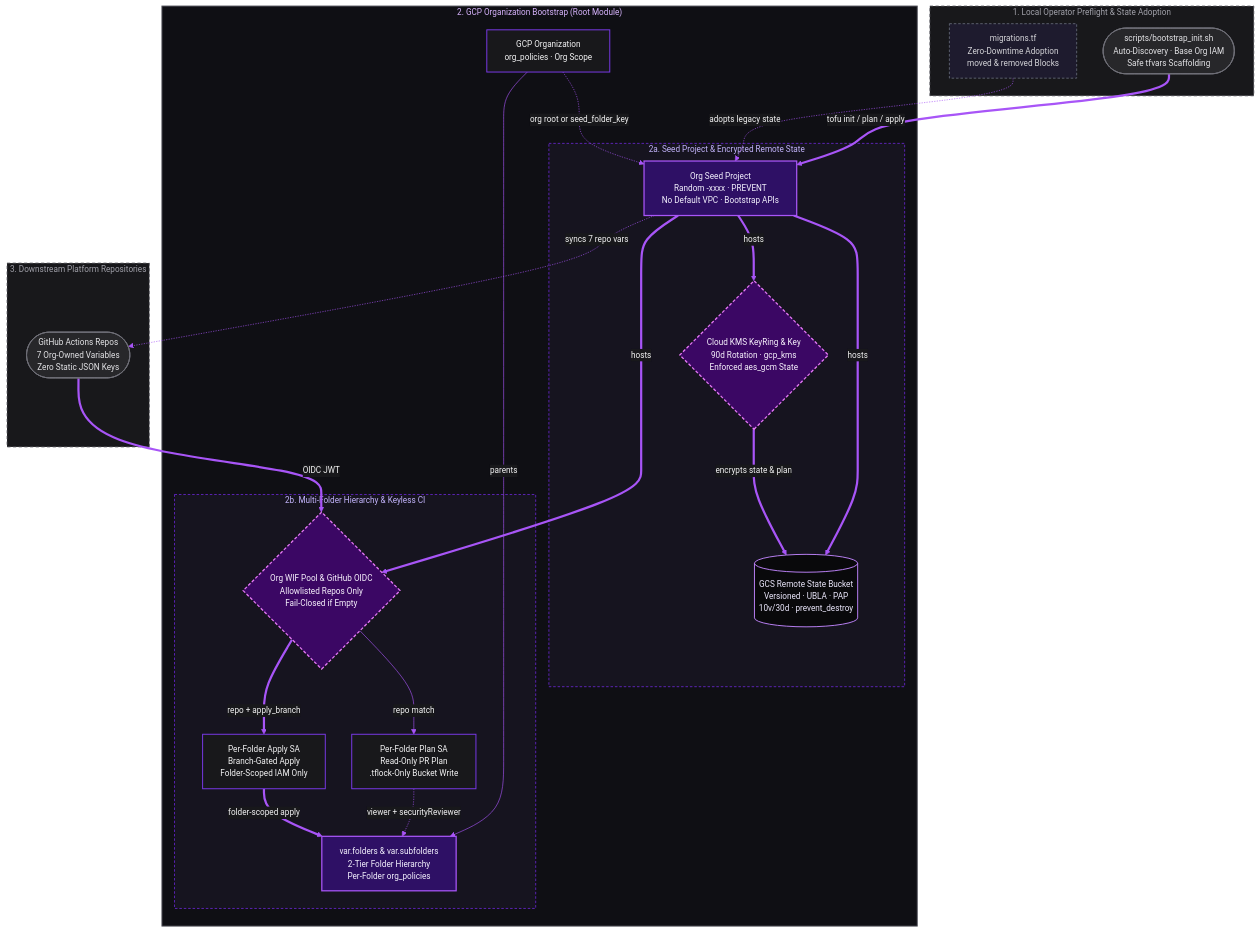
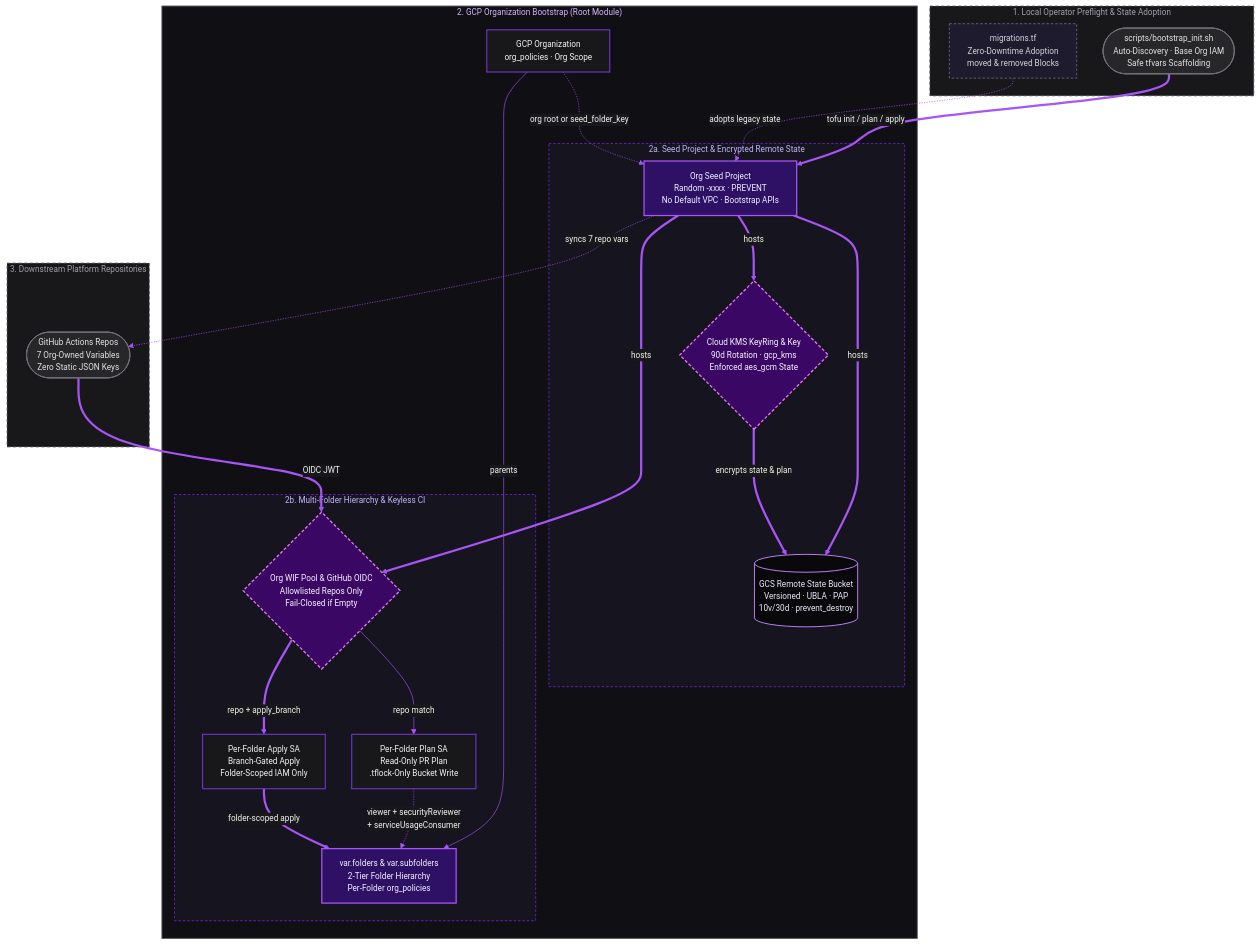
The diagram in specs/01_gcp_org_bootstrap_and_wif.md (x-ruiz/platform_gcp_org_bootstrap), drawn with Mermaid before and after one commit. The commit also changed other lines of this file and 2 other files, not shown here.

Commit message:
feat(iam): grant plan SAs serviceUsageConsumer on their folders
Downstream platform providers now set user_project_override = true so API
quota is billed to the env project each call targets, not the seed project.
That requires serviceusage.services.use on those projects. Apply SAs already
have it via serviceUsageAdmin; plan SAs did not, so read-only PR plans in
x-ruiz/playground-cloud-engineering fail with 403 USER_PROJECT_DENIED.

Add roles/serviceusage.serviceUsageConsumer to default_plan_folder_roles. It
only grants serviceusage.services.use (it cannot enable or disable services),
so plan SAs remain read-only. Spec 01 and the mocked tests are updated.

````diff
--- a/specs/01_gcp_org_bootstrap_and_wif.md
+++ b/specs/01_gcp_org_bootstrap_and_wif.md
@@ -20,64 +20,64 @@
 ```mermaid
 %%{init: {"theme": "base", "themeCSS": "svg { background-color: #09090B !important; border-radius: 8px; }", "themeVariables": {"darkMode": true, "background": "#09090B", "mainBkg": "#18181B", "textColor": "#F4F4F5", "primaryColor": "#18181B", "primaryTextColor": "#F4F4F5", "primaryBorderColor": "#7C3AED", "lineColor": "#A855F7", "secondaryColor": "#16141F", "tertiaryColor": "#0F0F14", "edgeLabelBackground": "#18181B", "clusterBkg": "#0F0F14", "clusterBorder": "#52525B", "titleColor": "#D8B4FE", "fontFamily": "Inter, ui-sans-serif, system-ui, -apple-system, sans-serif", "fontSize": "13px"}, "flowchart": {"curve": "basis", "nodeSpacing": 42, "rankSpacing": 56, "padding": 14}}}%%
 flowchart TB
     subgraph PreflightZone["1. Local Operator Preflight & State Adoption"]
         Preflight(["scripts/bootstrap_init.sh\nAuto-Discovery · Base Org IAM\nSafe tfvars Scaffolding"])
         Migration["migrations.tf\nZero-Downtime Adoption\nmoved & removed Blocks"]
     end
 
     subgraph OrgZone["2. GCP Organization Bootstrap (Root Module)"]
         OrgRoot["GCP Organization\norg_policies · Org Scope"]
 
         subgraph SeedZone["2a. Seed Project & Encrypted Remote State"]
             SeedProj["Org Seed Project\nRandom -xxxx · PREVENT\nNo Default VPC · Bootstrap APIs"]
             StateBucket[("GCS Remote State Bucket\nVersioned · UBLA · PAP\n10v/30d · prevent_destroy")]
             KMSKey{"Cloud KMS KeyRing & Key\n90d Rotation · gcp_kms\nEnforced aes_gcm State"}
         end
 
         subgraph GovZone["2b. Multi-Folder Hierarchy & Keyless CI"]
             WIFPool{"Org WIF Pool & GitHub OIDC\nAllowlisted Repos Only\nFail-Closed if Empty"}
             Folders["var.folders & var.subfolders\n2-Tier Folder Hierarchy\nPer-Folder org_policies"]
             PlanSA["Per-Folder Plan SA\nRead-Only PR Plan\n.tflock-Only Bucket Write"]
             ApplySA["Per-Folder Apply SA\nBranch-Gated Apply\nFolder-Scoped IAM Only"]
         end
     end
 
     subgraph Consumers["3. Downstream Platform Repositories"]
         GHRepo(["GitHub Actions Repos\n7 Org-Owned Variables\nZero Static JSON Keys"])
     end
 
     Preflight ==>|"tofu init / plan / apply"| SeedProj
     Migration -.->|"adopts legacy state"| SeedProj
     OrgRoot -->|"parents"| Folders
     OrgRoot -.->|"org root or seed_folder_key"| SeedProj
     SeedProj ==>|"hosts"| StateBucket
     SeedProj ==>|"hosts"| KMSKey
     SeedProj ==>|"hosts"| WIFPool
     KMSKey ==>|"encrypts state & plan"| StateBucket
     GHRepo ==>|"OIDC JWT"| WIFPool
     WIFPool -->|"repo match"| PlanSA
     WIFPool ==>|"repo + apply_branch"| ApplySA
-    PlanSA -.->|"viewer + securityReviewer"| Folders
+    PlanSA -.->|"viewer + securityReviewer\n+ serviceUsageConsumer"| Folders
     ApplySA ==>|"folder-scoped apply"| Folders
     SeedProj -.->|"syncs 7 repo vars"| GHRepo
 
     classDef core fill:#2E1065,stroke:#A855F7,stroke-width:2px,color:#F5F3FF
     classDef service fill:#18181B,stroke:#7C3AED,stroke-width:1.5px,color:#F4F4F5
     classDef store fill:#09090B,stroke:#C084FC,stroke-width:1.5px,color:#EDE9FE
     classDef external fill:#27272A,stroke:#71717A,stroke-width:1.5px,color:#E4E4E7
     classDef async fill:#1E1B2E,stroke:#6B7280,stroke-width:1.25px,stroke-dasharray:4 3,color:#D4D4D8
     classDef guard fill:#3B0764,stroke:#E879F9,stroke-width:2px,stroke-dasharray:5 3,color:#FAF5FF
 
     class SeedProj,Folders core
     class OrgRoot,PlanSA,ApplySA service
     class StateBucket store
     class Preflight,GHRepo external
     class Migration async
     class KMSKey,WIFPool guard
 
     style PreflightZone fill:#18181B,stroke:#52525B,stroke-width:1.25px,stroke-dasharray:5 4,color:#A1A1AA
     style OrgZone fill:#0F0F14,stroke:#52525B,stroke-width:1.5px,color:#D8B4FE
     style SeedZone fill:#16141F,stroke:#6D28D9,stroke-width:1.25px,stroke-dasharray:4 3,color:#C4B5FD
     style GovZone fill:#16141F,stroke:#6D28D9,stroke-width:1.25px,stroke-dasharray:4 3,color:#C4B5FD
     style Consumers fill:#18181B,stroke:#52525B,stroke-width:1.25px,stroke-dasharray:5 4,color:#A1A1AA
 ```
````
